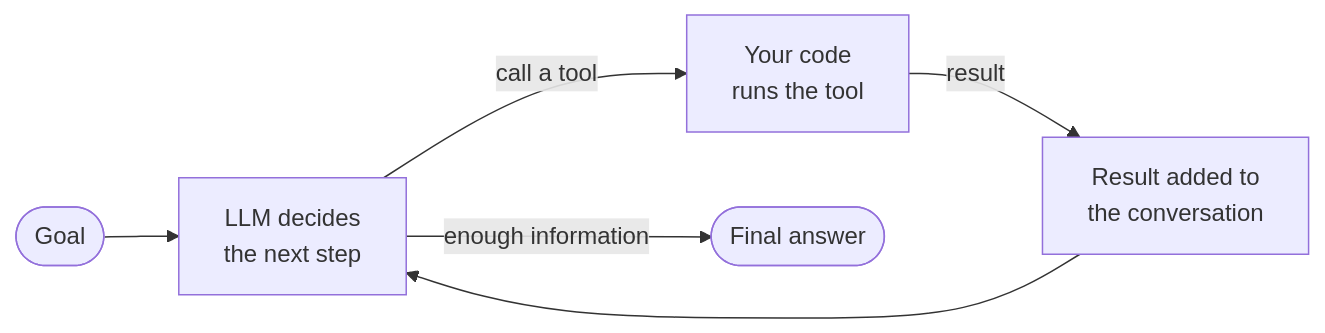
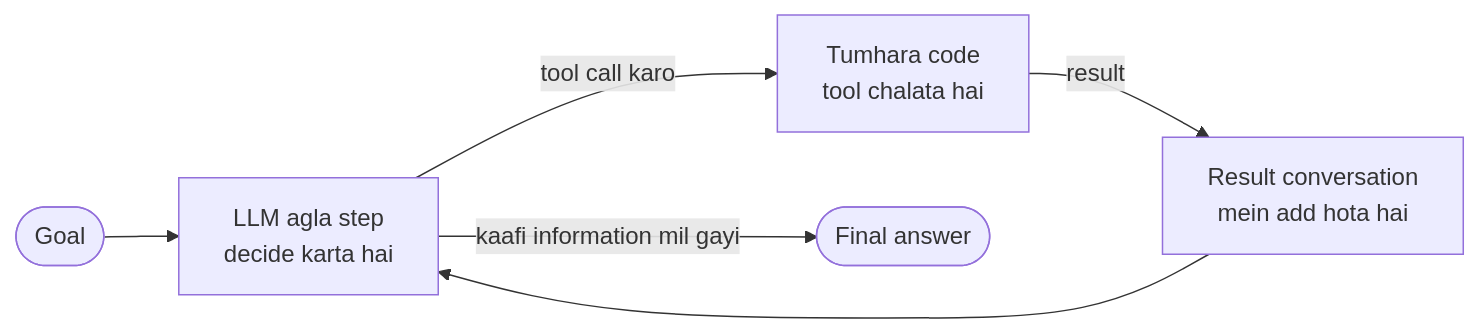
The diagram in docs/01-foundations/01.1-what-is-an-ai-agent.md (asmustechno/agentic-ai-notes), drawn with Mermaid before and after one commit. The commit also changed other lines of this file and 135 other files, not shown here.

````diff
--- a/docs/01-foundations/01.1-what-is-an-ai-agent.md
+++ b/docs/01-foundations/01.1-what-is-an-ai-agent.md
@@ -46,8 +46,8 @@
 ```mermaid
 flowchart LR
-    G([Goal]) --> T[LLM decides<br/>the next step]
-    T -->|"call a tool"| A[Your code<br/>runs the tool]
-    A -->|result| O[Result added to<br/>the conversation]
+    G([Goal]) --> T[LLM agla step<br/>decide karta hai]
+    T -->|"tool call karo"| A[Tumhara code<br/>tool chalata hai]
+    A -->|result| O[Result conversation<br/>mein add hota hai]
     O --> T
-    T -->|"enough information"| F([Final answer])
+    T -->|"kaafi information mil gayi"| F([Final answer])
 ```
````
